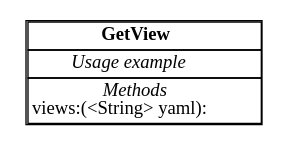
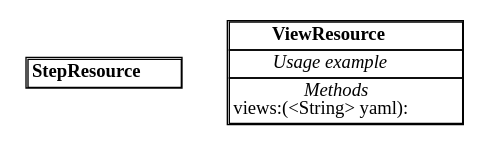
One commit to KaotoIO/kaoto-backend changed the diagram in class-diagram-api.dot. Above: the diagram before and after it, drawn with Graphviz. The commit also changed 2 other files, not shown here.

```diff
--- a/class-diagram-api.dot
+++ b/class-diagram-api.dot
@@ -1,23 +1,29 @@
 digraph ClassDiagram {
 	node [shape=plaintext]
 	edge [arrowhead=empty];
 
-"GetView" [ label = <<TABLE CELLSPACING="0">
-	<TR><TD><B>GetView</B></TD></TR>
+"StepResource" [ label = <<TABLE CELLSPACING="0">
+	<TR><TD><B>StepResource</B></TD></TR>
+	
+</TABLE>>]
+
+
+"ViewResource" [ label = <<TABLE CELLSPACING="0">
+	<TR><TD><B>ViewResource</B></TD></TR>
 	<TR><TD><I>Usage example</I><BR/>
 
 </TD></TR>
 
 <TR><TD><I>Methods</I><BR/>
 views:(&lt;String&gt; yaml):
 <BR align="left" />
 
 </TD></TR>
 
 
 </TABLE>>]
 
 
 
 
 }
```
